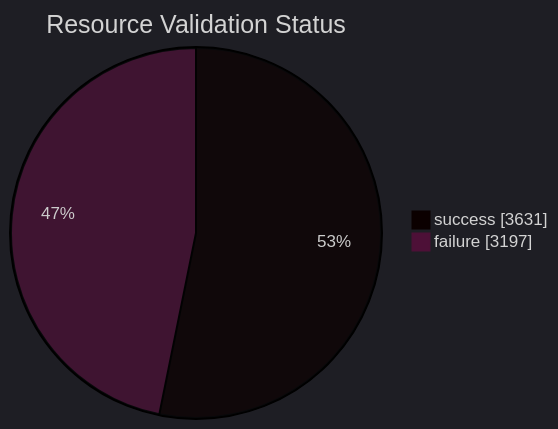
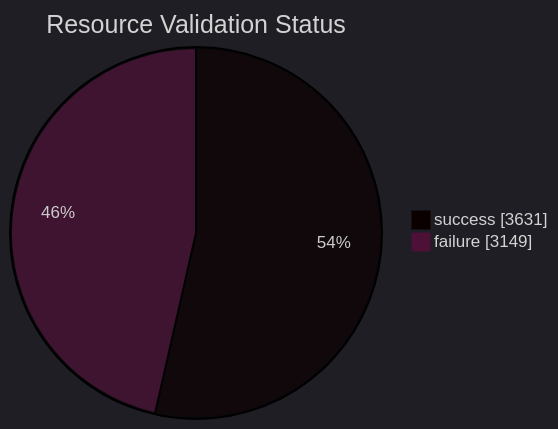
One commit to open-data/analytics-corporate-reporting changed the diagram in datastore_tracker/resource_validation_status_pie_chart.md. Above: the diagram before and after it, drawn with Mermaid. The commit also changed 8 other files, not shown here.

````diff
--- a/datastore_tracker/resource_validation_status_pie_chart.md
+++ b/datastore_tracker/resource_validation_status_pie_chart.md
@@ -2,9 +2,9 @@
 ```mermaid
 ---
 config:
   theme: dark
 ---
 pie showData title Resource Validation Status
     "success": 3631
-    "failure": 3197
+    "failure": 3149
 ```
````
